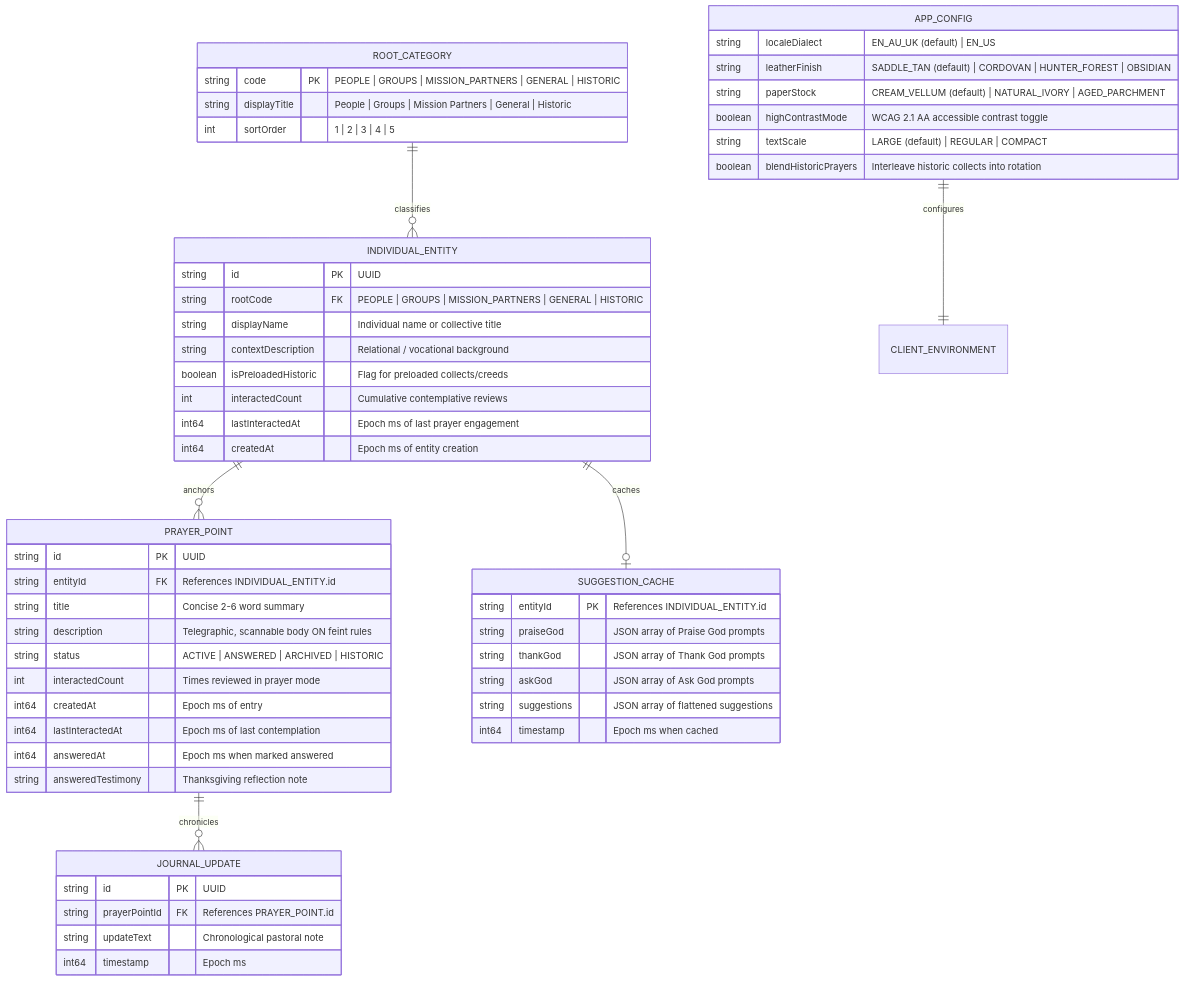
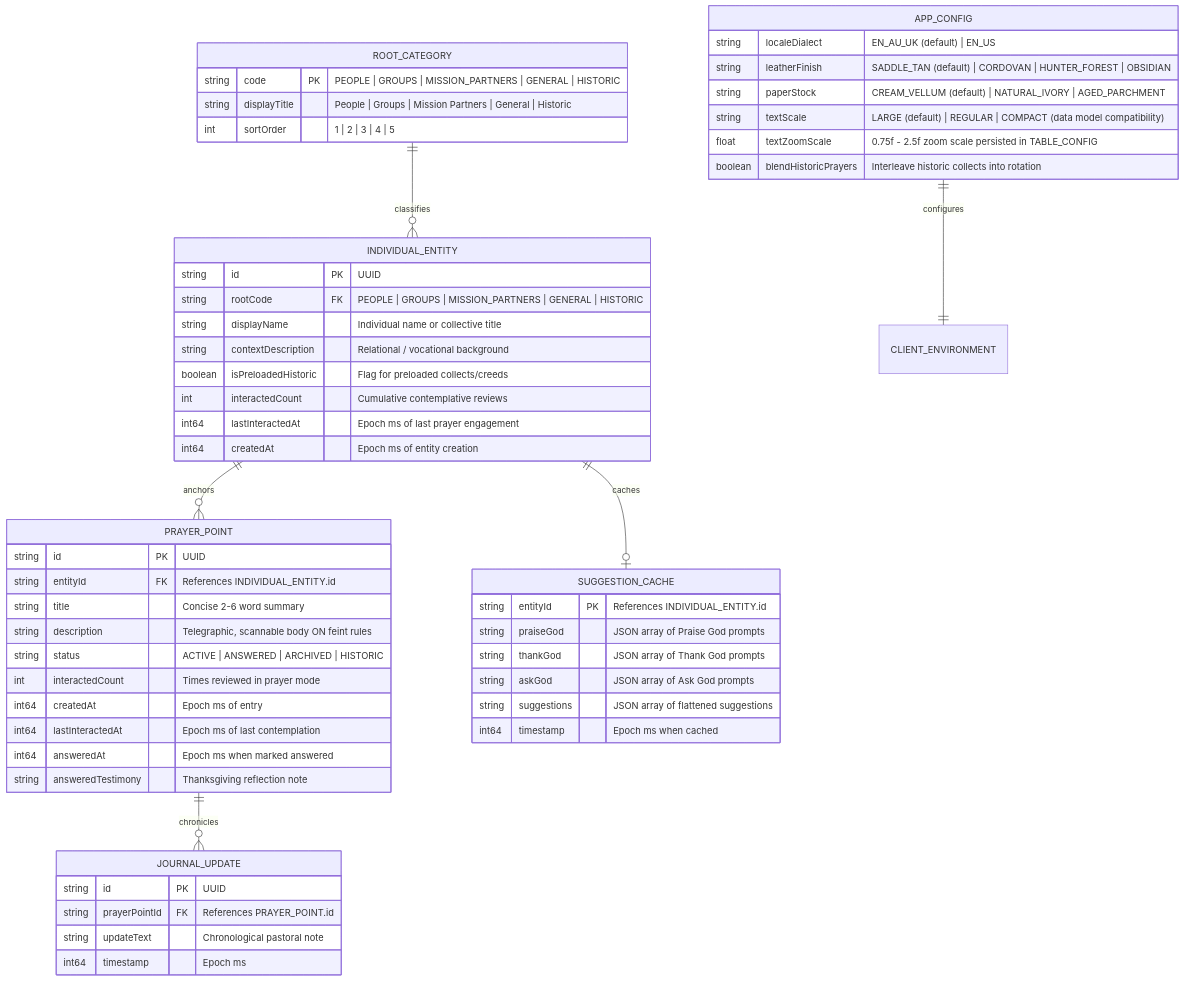
Before and after one commit to iamenianc/Prayer: the second of 8 diagrams in planning/codebase_knowledge_graph.md, drawn with Mermaid. The commit also changed other lines of this file and 13 other files, not shown here.

````diff
--- a/planning/codebase_knowledge_graph.md
+++ b/planning/codebase_knowledge_graph.md
@@ -85,63 +85,63 @@
 ```mermaid
 erDiagram
     ROOT_CATEGORY ||--o{ INDIVIDUAL_ENTITY : "classifies"
     INDIVIDUAL_ENTITY ||--o{ PRAYER_POINT : "anchors"
     INDIVIDUAL_ENTITY ||--o| SUGGESTION_CACHE : "caches"
     PRAYER_POINT ||--o{ JOURNAL_UPDATE : "chronicles"
     APP_CONFIG ||--|| CLIENT_ENVIRONMENT : "configures"
 
     ROOT_CATEGORY {
         string code PK "PEOPLE | GROUPS | MISSION_PARTNERS | GENERAL | HISTORIC"
         string displayTitle "People | Groups | Mission Partners | General | Historic"
         int sortOrder "1 | 2 | 3 | 4 | 5"
     }
 
     INDIVIDUAL_ENTITY {
         string id PK "UUID"
         string rootCode FK "PEOPLE | GROUPS | MISSION_PARTNERS | GENERAL | HISTORIC"
         string displayName "Individual name or collective title"
         string contextDescription "Relational / vocational background"
         boolean isPreloadedHistoric "Flag for preloaded collects/creeds"
         int interactedCount "Cumulative contemplative reviews"
         int64 lastInteractedAt "Epoch ms of last prayer engagement"
         int64 createdAt "Epoch ms of entity creation"
     }
 
     SUGGESTION_CACHE {
         string entityId PK "References INDIVIDUAL_ENTITY.id"
         string praiseGod "JSON array of Praise God prompts"
         string thankGod "JSON array of Thank God prompts"
         string askGod "JSON array of Ask God prompts"
         string suggestions "JSON array of flattened suggestions"
         int64 timestamp "Epoch ms when cached"
     }
 
     PRAYER_POINT {
         string id PK "UUID"
         string entityId FK "References INDIVIDUAL_ENTITY.id"
         string title "Concise 2-6 word summary"
         string description "Telegraphic, scannable body ON feint rules"
         string status "ACTIVE | ANSWERED | ARCHIVED | HISTORIC"
         int interactedCount "Times reviewed in prayer mode"
         int64 createdAt "Epoch ms of entry"
         int64 lastInteractedAt "Epoch ms of last contemplation"
         int64 answeredAt "Epoch ms when marked answered"
         string answeredTestimony "Thanksgiving reflection note"
     }
 
     JOURNAL_UPDATE {
         string id PK "UUID"
         string prayerPointId FK "References PRAYER_POINT.id"
         string updateText "Chronological pastoral note"
         int64 timestamp "Epoch ms"
     }
 
     APP_CONFIG {
         string localeDialect "EN_AU_UK (default) | EN_US"
         string leatherFinish "SADDLE_TAN (default) | CORDOVAN | HUNTER_FOREST | OBSIDIAN"
         string paperStock "CREAM_VELLUM (default) | NATURAL_IVORY | AGED_PARCHMENT"
-        boolean highContrastMode "WCAG 2.1 AA accessible contrast toggle"
-        string textScale "LARGE (default) | REGULAR | COMPACT"
+        string textScale "LARGE (default) | REGULAR | COMPACT (data model compatibility)"
+        float textZoomScale "0.75f - 2.5f zoom scale persisted in TABLE_CONFIG"
         boolean blendHistoricPrayers "Interleave historic collects into rotation"
     }
 ```
````
